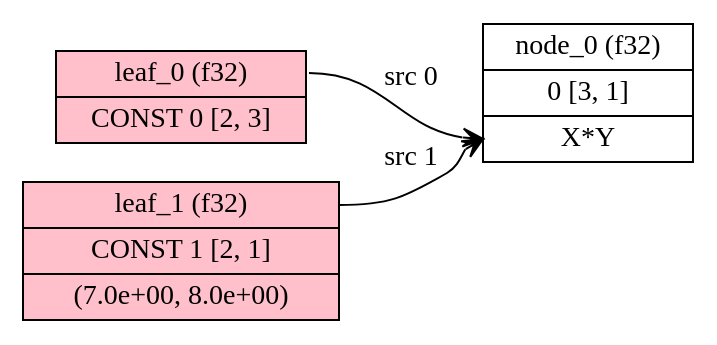
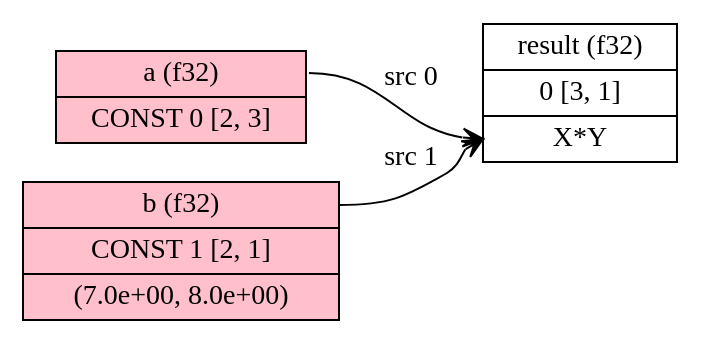
The diagram in fundamentals/ggml/mul.dot (danbev/learning-ai), drawn with Graphviz before and after one commit. The commit also changed 2 other files, not shown here.

Commit message:
src: add names to matrices

```diff
--- a/fundamentals/ggml/mul.dot
+++ b/fundamentals/ggml/mul.dot
@@ -1,9 +1,9 @@
 digraph G {
   newrank = true;
   rankdir = LR;
-  "0x7fe2a84d53a0" [ style = filled; fillcolor = white; shape = record; label="node_0 (f32)|0 [3, 1] | <x>X*Y"; ]
-  "0x7fe2a84d5030" [ style = filled; fillcolor = pink; shape = record; label="<x>leaf_0 (f32)|CONST 0 [2, 3]"; ]
-  "0x7fe2a84d51f0" [ style = filled; fillcolor = pink; shape = record; label="<x>leaf_1 (f32)|CONST 1 [2, 1] | (7.0e+00, 8.0e+00)"; ]
-  "0x7fe2a84d5030":x -> "0x7fe2a84d53a0":x [ arrowhead = vee; style = solid; label = "src 0"; ]
-  "0x7fe2a84d51f0":x -> "0x7fe2a84d53a0":x [ arrowhead = vee; style = solid; label = "src 1"; ]
+  "0x7f1494da33a0" [ style = filled; fillcolor = white; shape = record; label="result (f32)|0 [3, 1] | <x>X*Y"; ]
+  "0x7f1494da3030" [ style = filled; fillcolor = pink; shape = record; label="<x>a (f32)|CONST 0 [2, 3]"; ]
+  "0x7f1494da31f0" [ style = filled; fillcolor = pink; shape = record; label="<x>b (f32)|CONST 1 [2, 1] | (7.0e+00, 8.0e+00)"; ]
+  "0x7f1494da3030":x -> "0x7f1494da33a0":x [ arrowhead = vee; style = solid; label = "src 0"; ]
+  "0x7f1494da31f0":x -> "0x7f1494da33a0":x [ arrowhead = vee; style = solid; label = "src 1"; ]
 }
```
